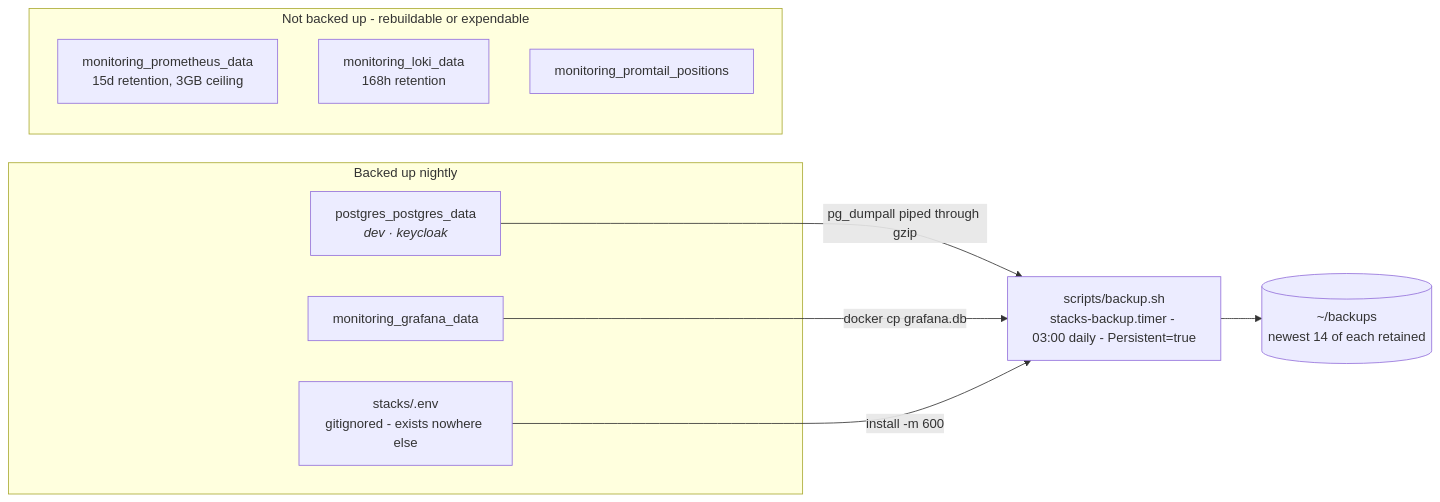
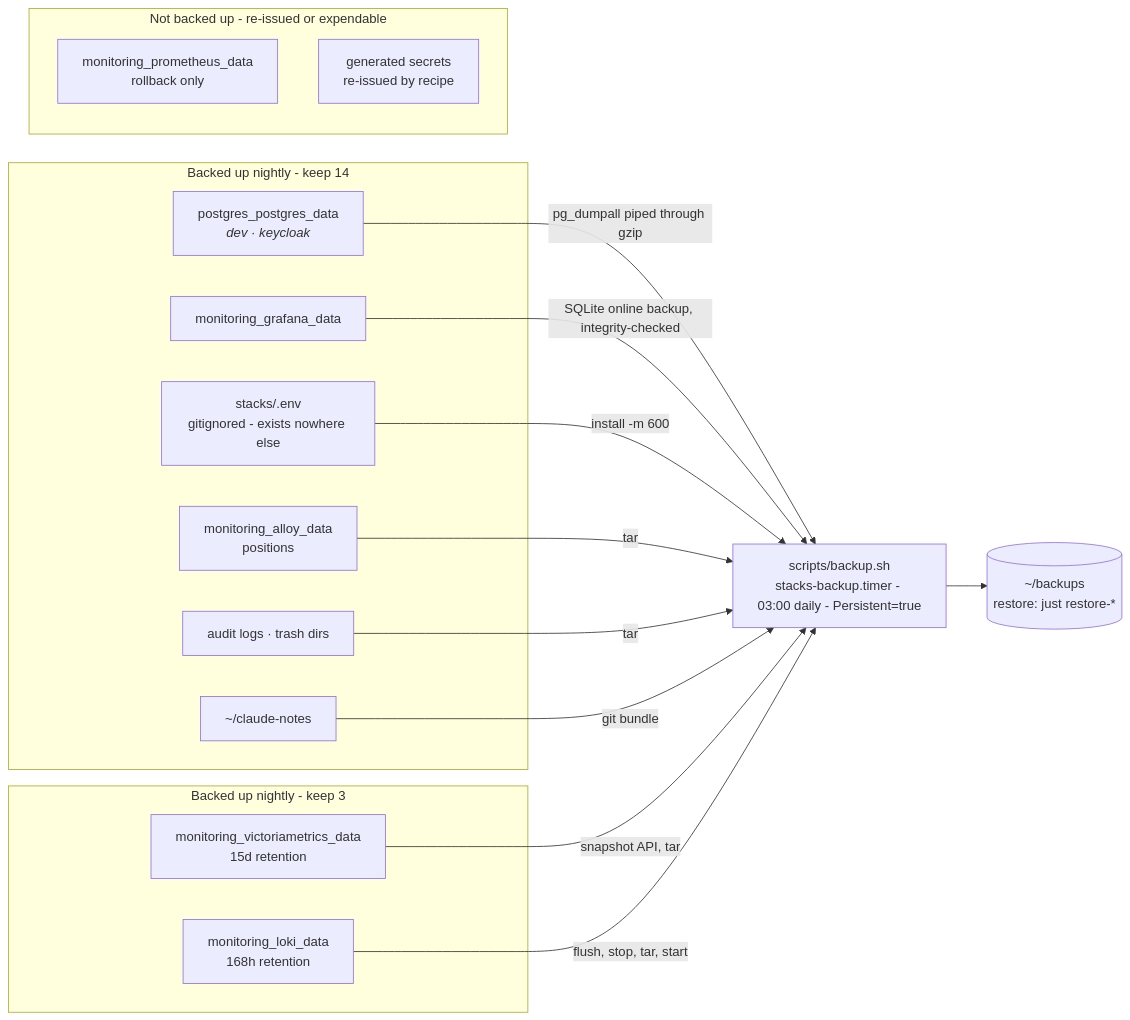
One commit to YehudaBriskman/Bothy changed the diagram in docs/diagrams/data-and-backups.mmd. Above: the diagram before and after it, drawn with Mermaid. The commit also changed 17 other files, not shown here.

First line of the commit message:
updates step 2: backups that match reality, and restore recipes (#187)

```diff
--- a/docs/diagrams/data-and-backups.mmd
+++ b/docs/diagrams/data-and-backups.mmd
@@ -1,20 +1,32 @@
 flowchart LR
-    subgraph s_covered["Backed up nightly"]
+    subgraph s_covered["Backed up nightly - keep 14"]
         V1["postgres_postgres_data<br/><i>dev · keycloak</i>"]
         V5["monitoring_grafana_data"]
         ENVF["stacks/.env<br/>gitignored - exists nowhere else"]
+        V8["monitoring_alloy_data<br/>positions"]
+        ST["audit logs · trash dirs"]
+        NT["~/claude-notes"]
     end
 
-    subgraph s_uncovered["Not backed up - rebuildable or expendable"]
-        V4["monitoring_prometheus_data<br/>15d retention, 3GB ceiling"]
+    subgraph s_big["Backed up nightly - keep 3"]
+        V3["monitoring_victoriametrics_data<br/>15d retention"]
         V6["monitoring_loki_data<br/>168h retention"]
-        V7["monitoring_promtail_positions"]
+    end
+
+    subgraph s_uncovered["Not backed up - re-issued or expendable"]
+        V4["monitoring_prometheus_data<br/>rollback only"]
+        SEC["generated secrets<br/>re-issued by recipe"]
     end
 
     BK["scripts/backup.sh<br/>stacks-backup.timer - 03:00 daily - Persistent=true"]
-    OUT[("~/backups<br/>newest 14 of each retained")]
+    OUT[("~/backups<br/>restore: just restore-*")]
 
     V1 -->|"pg_dumpall piped through gzip"| BK
-    V5 -->|"docker cp grafana.db"| BK
+    V5 -->|"SQLite online backup, integrity-checked"| BK
     ENVF -->|"install -m 600"| BK
+    V8 -->|"tar"| BK
+    ST -->|"tar"| BK
+    NT -->|"git bundle"| BK
+    V3 -->|"snapshot API, tar"| BK
+    V6 -->|"flush, stop, tar, start"| BK
     BK --> OUT
```
